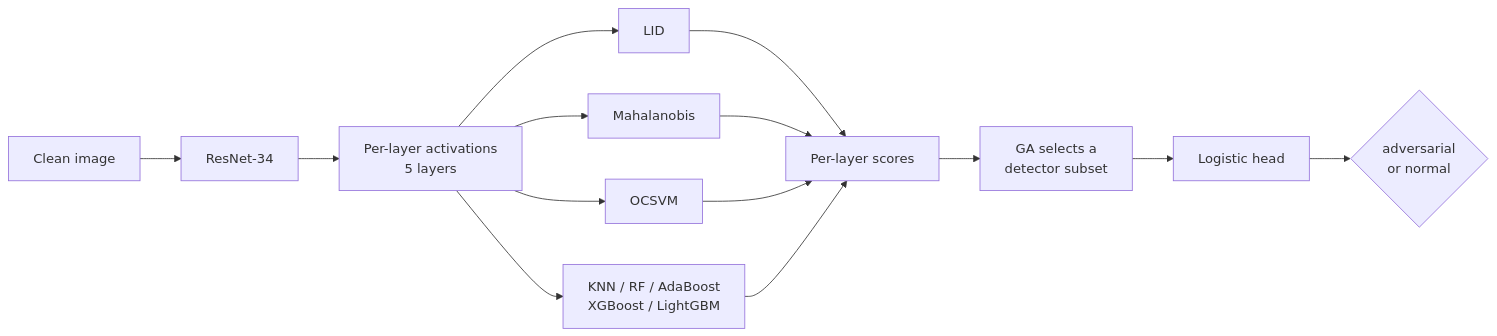
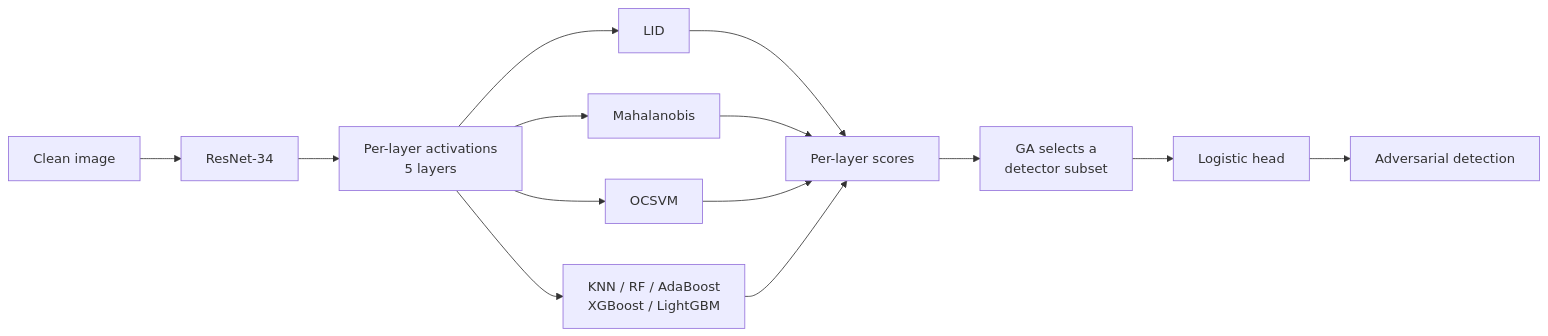
One commit to KanzNguyen/CS410-Adversarial-examples-detection-with-GA-ensemble changed the diagram in README.md. Above: the diagram before and after it, drawn with Mermaid.

````diff
--- a/README.md
+++ b/README.md
@@ -21,13 +21,13 @@
 ```mermaid
 flowchart LR
     A[Clean image] --> B[ResNet-34]
     B --> C[Per-layer activations<br/>5 layers]
     C --> D1[LID]
     C --> D2[Mahalanobis]
     C --> D3[OCSVM]
     C --> D4[KNN / RF / AdaBoost<br/>XGBoost / LightGBM]
     D1 & D2 & D3 & D4 --> E[Per-layer scores]
     E --> F[GA selects a<br/>detector subset]
     F --> G[Logistic head]
-    G --> H{adversarial<br/>or normal}
+    G --> H[Adversarial detection]
 ```
````
